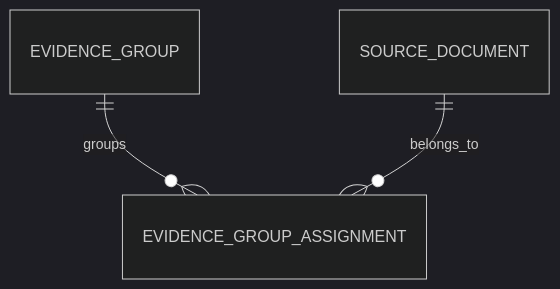
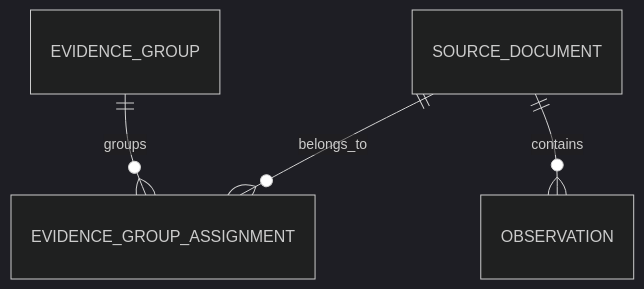
Before and after one commit to studylida/ontology-map: the first of 5 diagrams in logical-data-schema.md, drawn with Mermaid (dark theme). The commit also changed other lines of this file, not shown here.

````diff
--- a/logical-data-schema.md
+++ b/logical-data-schema.md
@@ -120,5 +43,6 @@
 ```mermaid
 erDiagram
     EVIDENCE_GROUP ||--o{ EVIDENCE_GROUP_ASSIGNMENT : groups
     SOURCE_DOCUMENT ||--o{ EVIDENCE_GROUP_ASSIGNMENT : belongs_to
+    SOURCE_DOCUMENT ||--o{ OBSERVATION : contains
 ```
````
